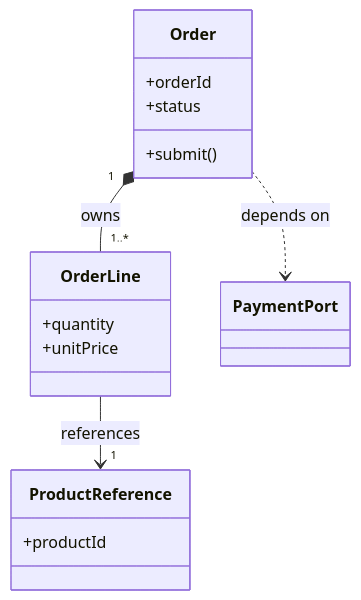
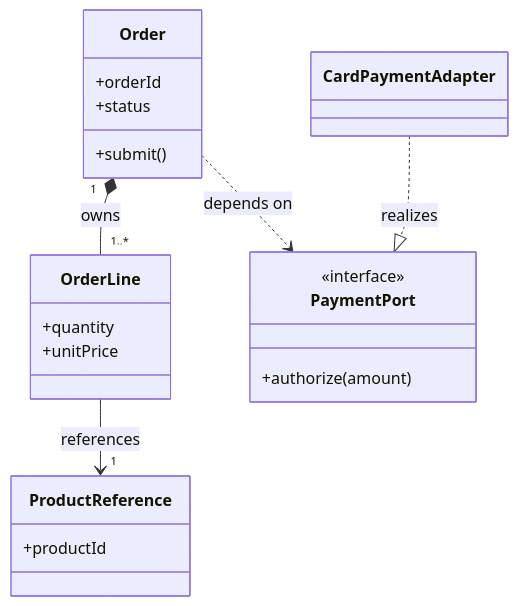
One commit to joydasss/Architect changed the third of 10 diagrams in 21_Architecture_Documentation/CH02_UML.md. Above: the diagram before and after it, drawn with Mermaid. The commit also changed other lines of this file and 22 other files, not shown here.

Commit message:
Architecture changes

````diff
--- a/21_Architecture_Documentation/CH02_UML.md
+++ b/21_Architecture_Documentation/CH02_UML.md
@@ -36,18 +133,24 @@
 ```mermaid
 classDiagram
     class Order {
       +orderId
       +status
       +submit()
     }
     class OrderLine {
       +quantity
       +unitPrice
     }
     class ProductReference {
       +productId
     }
+    class PaymentPort {
+      <<interface>>
+      +authorize(amount)
+    }
+    class CardPaymentAdapter
     Order "1" *-- "1..*" OrderLine : owns
     OrderLine --> "1" ProductReference : references
     Order ..> PaymentPort : depends on
+    CardPaymentAdapter ..|> PaymentPort : realizes
 ```
````
